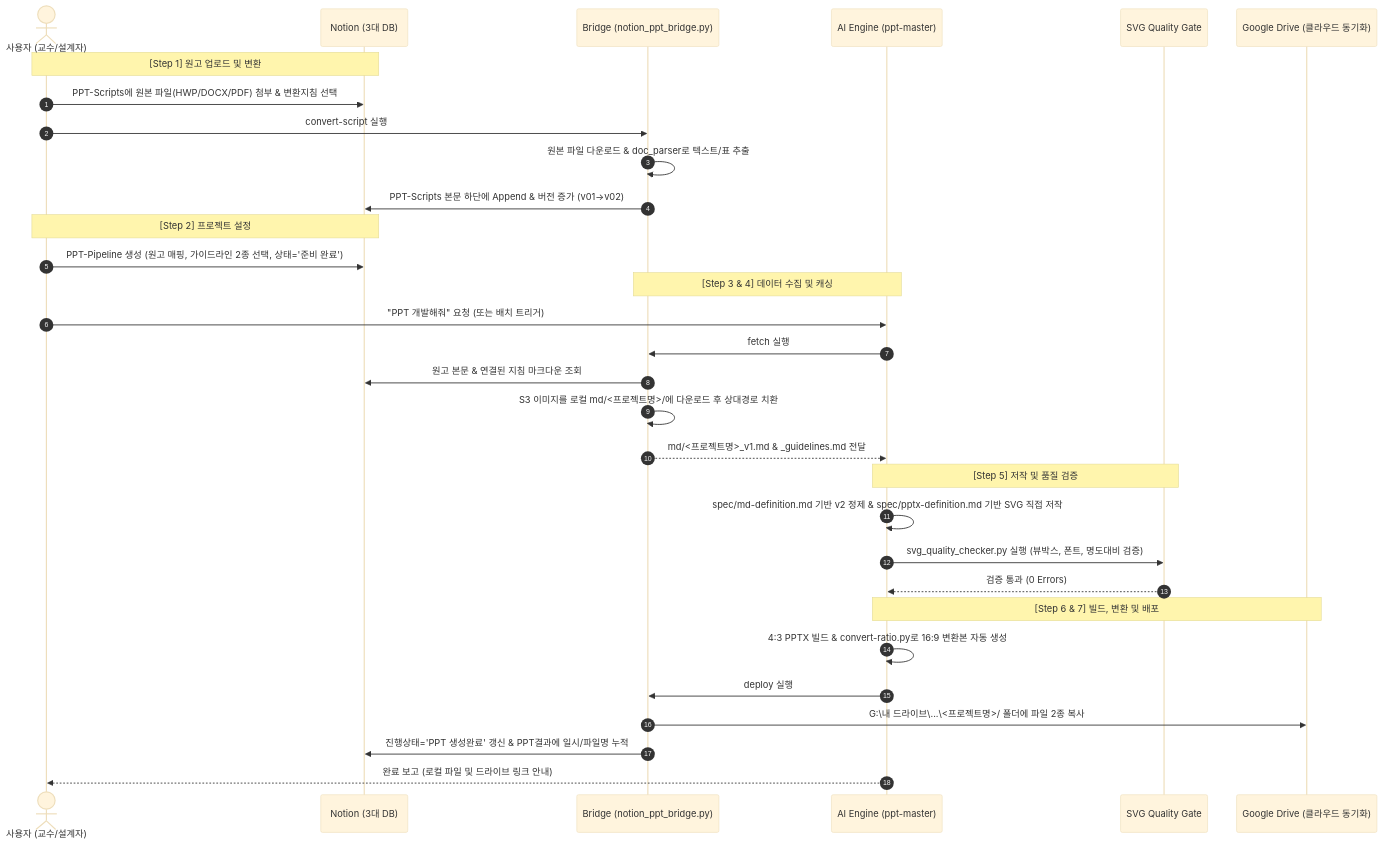
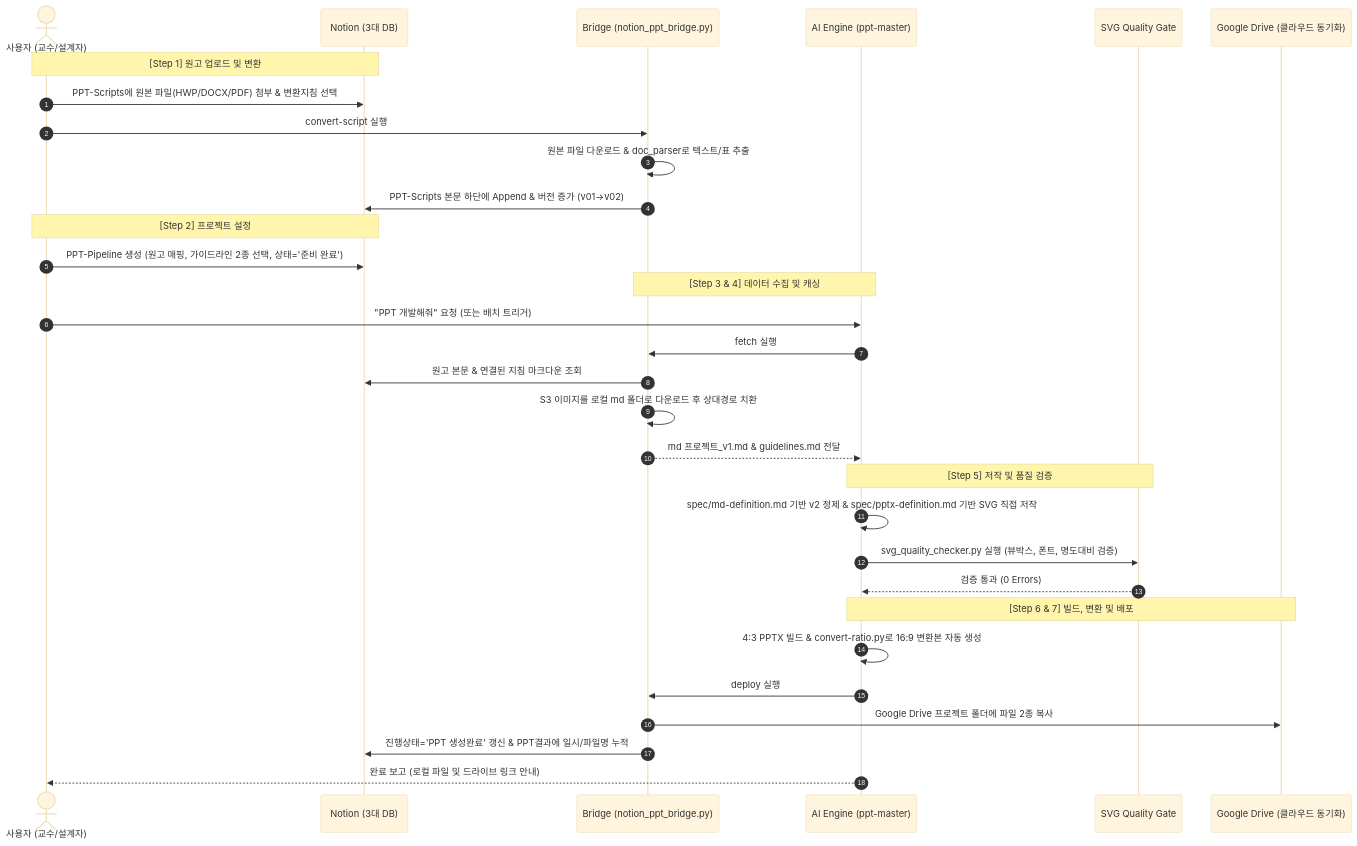
The diagram in WORKFLOW.md (ssiwonk/SB-Make-Automation), drawn with Mermaid (base theme) before and after one commit. The commit also changed 1 other file, not shown here.

Commit message:
fix(docs): README.md 및 WORKFLOW.md 내 Mermaid 다이어그램 구문 오류 수정 (엣지 라벨 따옴표 적용 및 특수기호 안전 처리)

````diff
--- a/WORKFLOW.md
+++ b/WORKFLOW.md
@@ -81,38 +81,38 @@
 ```mermaid
 sequenceDiagram
     autonumber
     actor User as 사용자 (교수/설계자)
     participant Notion as Notion (3대 DB)
     participant Bridge as Bridge (notion_ppt_bridge.py)
     participant AI as AI Engine (ppt-master)
     participant Checker as SVG Quality Gate
     participant GDrive as Google Drive (클라우드 동기화)
 
     Note over User, Notion: [Step 1] 원고 업로드 및 변환
     User->>Notion: PPT-Scripts에 원본 파일(HWP/DOCX/PDF) 첨부 & 변환지침 선택
     User->>Bridge: convert-script 실행
     Bridge->>Bridge: 원본 파일 다운로드 & doc_parser로 텍스트/표 추출
     Bridge->>Notion: PPT-Scripts 본문 하단에 Append & 버전 증가 (v01->v02)
 
     Note over User, Notion: [Step 2] 프로젝트 설정
     User->>Notion: PPT-Pipeline 생성 (원고 매핑, 가이드라인 2종 선택, 상태='준비 완료')
 
     Note over AI, Bridge: [Step 3 & 4] 데이터 수집 및 캐싱
     User->>AI: "PPT 개발해줘" 요청 (또는 배치 트리거)
     AI->>Bridge: fetch 실행
     Bridge->>Notion: 원고 본문 & 연결된 지침 마크다운 조회
-    Bridge->>Bridge: S3 이미지를 로컬 md/<프로젝트명>/에 다운로드 후 상대경로 치환
-    Bridge-->>AI: md/<프로젝트명>_v1.md & _guidelines.md 전달
+    Bridge->>Bridge: S3 이미지를 로컬 md 폴더로 다운로드 후 상대경로 치환
+    Bridge-->>AI: md 프로젝트_v1.md & guidelines.md 전달
 
     Note over AI, Checker: [Step 5] 저작 및 품질 검증
     AI->>AI: spec/md-definition.md 기반 v2 정제 & spec/pptx-definition.md 기반 SVG 직접 저작
     AI->>Checker: svg_quality_checker.py 실행 (뷰박스, 폰트, 명도대비 검증)
     Checker-->>AI: 검증 통과 (0 Errors)
 
     Note over AI, GDrive: [Step 6 & 7] 빌드, 변환 및 배포
     AI->>AI: 4:3 PPTX 빌드 & convert-ratio.py로 16:9 변환본 자동 생성
     AI->>Bridge: deploy 실행
-    Bridge->>GDrive: G:\내 드라이브\...\<프로젝트명>/ 폴더에 파일 2종 복사
+    Bridge->>GDrive: Google Drive 프로젝트 폴더에 파일 2종 복사
     Bridge->>Notion: 진행상태='PPT 생성완료' 갱신 & PPT결과에 일시/파일명 누적
     AI-->>User: 완료 보고 (로컬 파일 및 드라이브 링크 안내)
 ```
````
